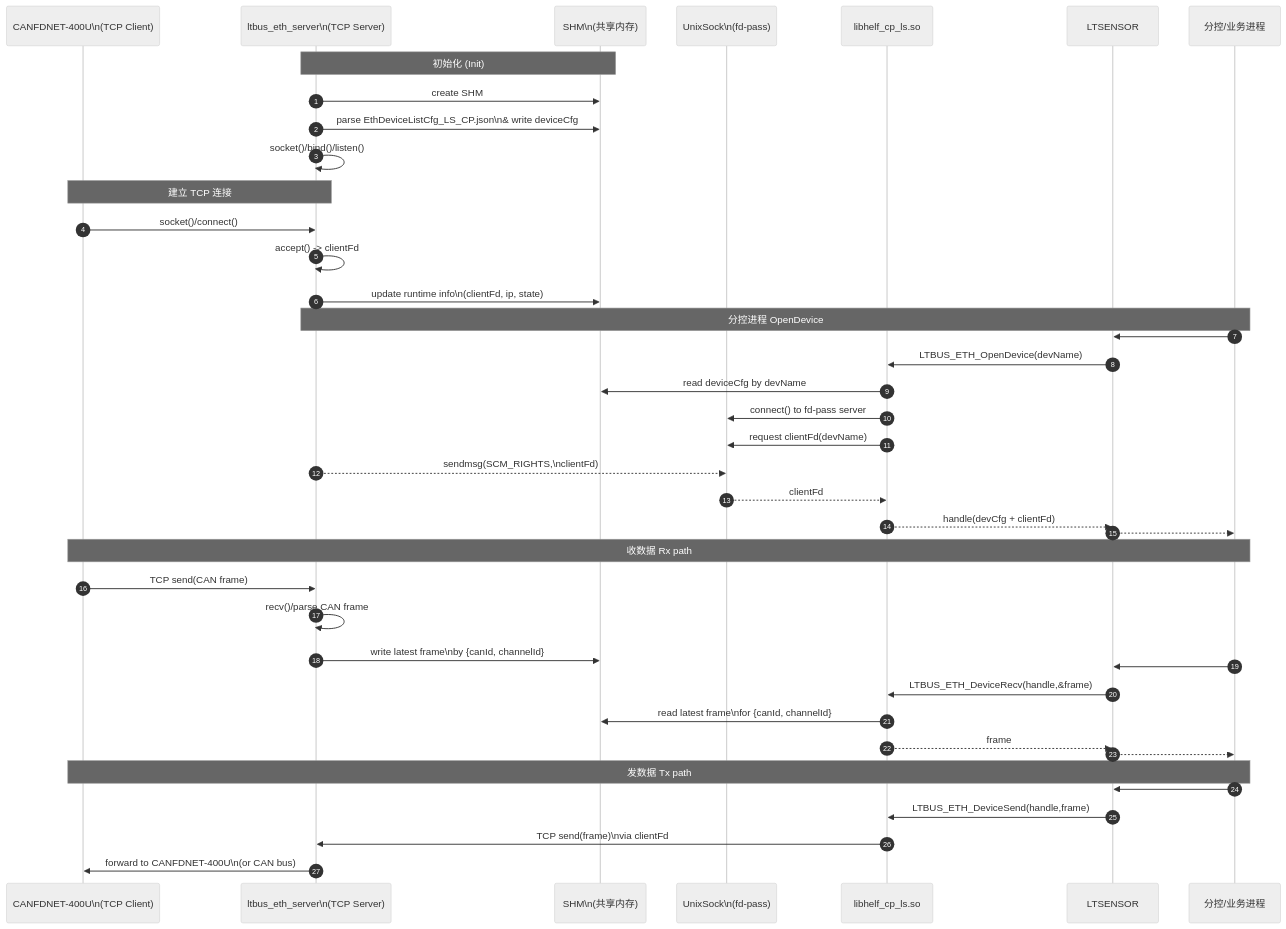
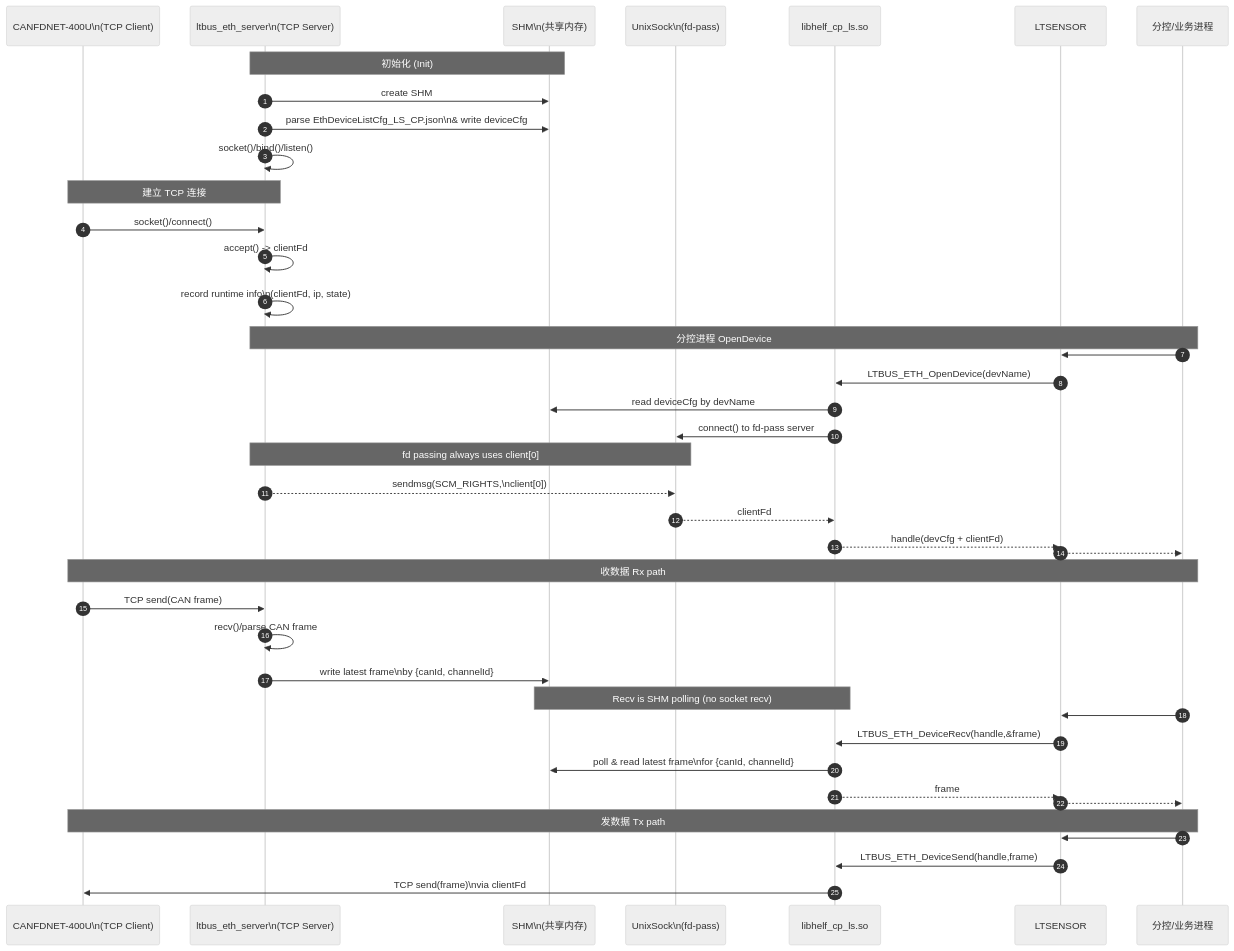
One commit to jiangnanqw12/NoteSystemScripts changed the first of 2 diagrams in docs/bak3.md. Above: the diagram before and after it, drawn with Mermaid (neutral theme). The commit also changed other lines of this file, not shown here.

````diff
--- a/docs/bak3.md
+++ b/docs/bak3.md
@@ -2,53 +2,56 @@
 ```mermaid
 sequenceDiagram
     autonumber
     participant CAN as CANFDNET-400U\n(TCP Client)
     participant ETH as ltbus_eth_server\n(TCP Server)
     participant SHM as SHM\n(共享内存)
     participant UDS as UnixSock\n(fd-pass)
     participant Lib as libhelf_cp_ls.so
     participant LTSENSOR
     participant APP as 分控/业务进程
 
     %% 初始化阶段
     note over ETH,SHM: 初始化 (Init)
     ETH->>SHM: create SHM
     ETH->>SHM: parse EthDeviceListCfg_LS_CP.json\n& write deviceCfg
     ETH->>ETH: socket()/bind()/listen()
 
     %% 建立 TCP 连接
     note over CAN,ETH: 建立 TCP 连接
     CAN->>ETH: socket()/connect()
     ETH->>ETH: accept() -> clientFd
-    ETH->>SHM: update runtime info\n(clientFd, ip, state)
+    ETH->>ETH: record runtime info\n(clientFd, ip, state)
 
     %% 业务进程 open
     note over APP,ETH: 分控进程 OpenDevice
     APP->>LTSENSOR:
     LTSENSOR->>Lib: LTBUS_ETH_OpenDevice(devName)
     Lib->>SHM: read deviceCfg by devName
     Lib->>UDS: connect() to fd-pass server
-    Lib->>UDS: request clientFd(devName)
-    ETH-->>UDS: sendmsg(SCM_RIGHTS,\nclientFd)
+    Note over ETH,UDS: fd passing always uses client[0]
+    ETH-->>UDS: sendmsg(SCM_RIGHTS,\nclient[0])
     UDS-->>Lib: clientFd
     Lib-->>LTSENSOR: handle(devCfg + clientFd)
     LTSENSOR-->>APP:
 
     %% 收数据 Rx path
     note over CAN,APP: 收数据 Rx path
     CAN->>ETH: TCP send(CAN frame)
     ETH->>ETH: recv()/parse CAN frame
     ETH->>SHM: write latest frame\nby {canId, channelId}
+    Note over Lib,SHM: Recv is SHM polling (no socket recv)
     APP->>LTSENSOR:
     LTSENSOR->>Lib: LTBUS_ETH_DeviceRecv(handle,&frame)
-    Lib->>SHM: read latest frame\nfor {canId, channelId}
+    Lib->>SHM: poll & read latest frame\nfor {canId, channelId}
     Lib-->>LTSENSOR: frame
     LTSENSOR-->>APP:
 
     %% 发数据 Tx path
     note over APP,CAN: 发数据 Tx path
     APP->>LTSENSOR:
     LTSENSOR->>Lib: LTBUS_ETH_DeviceSend(handle,frame)
-    Lib->>ETH: TCP send(frame)\nvia clientFd
-    ETH->>CAN: forward to CANFDNET-400U\n(or CAN bus)
+    Lib->>CAN: TCP send(frame)\nvia clientFd
+
+
+
 ```
````
